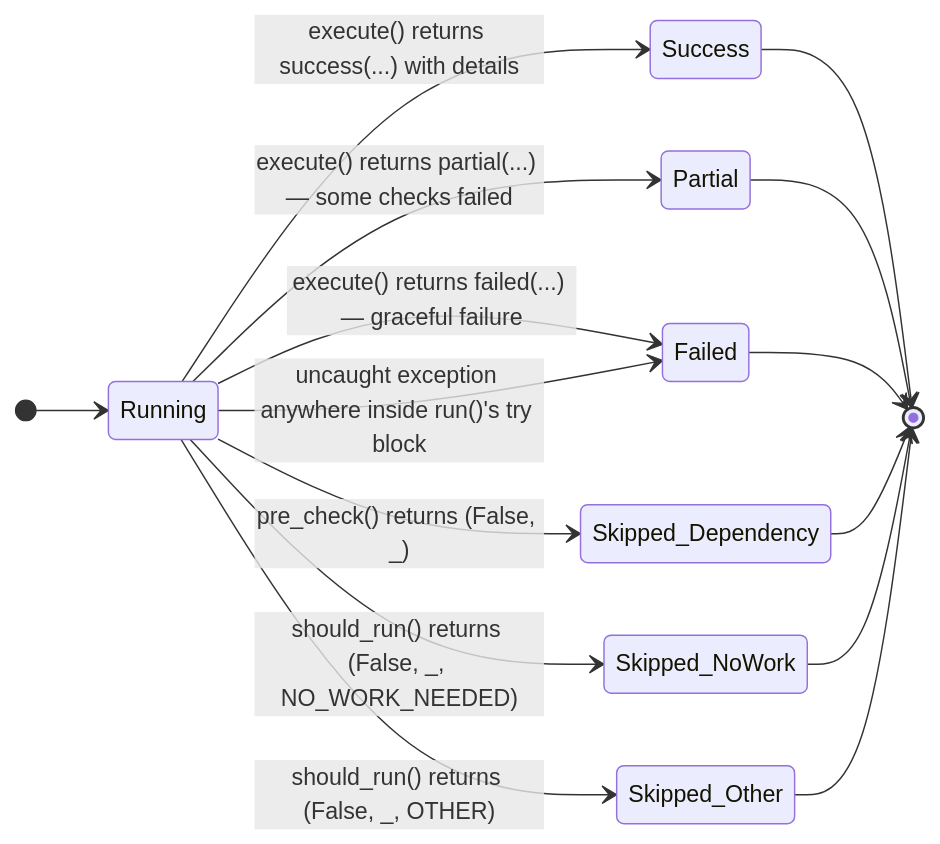
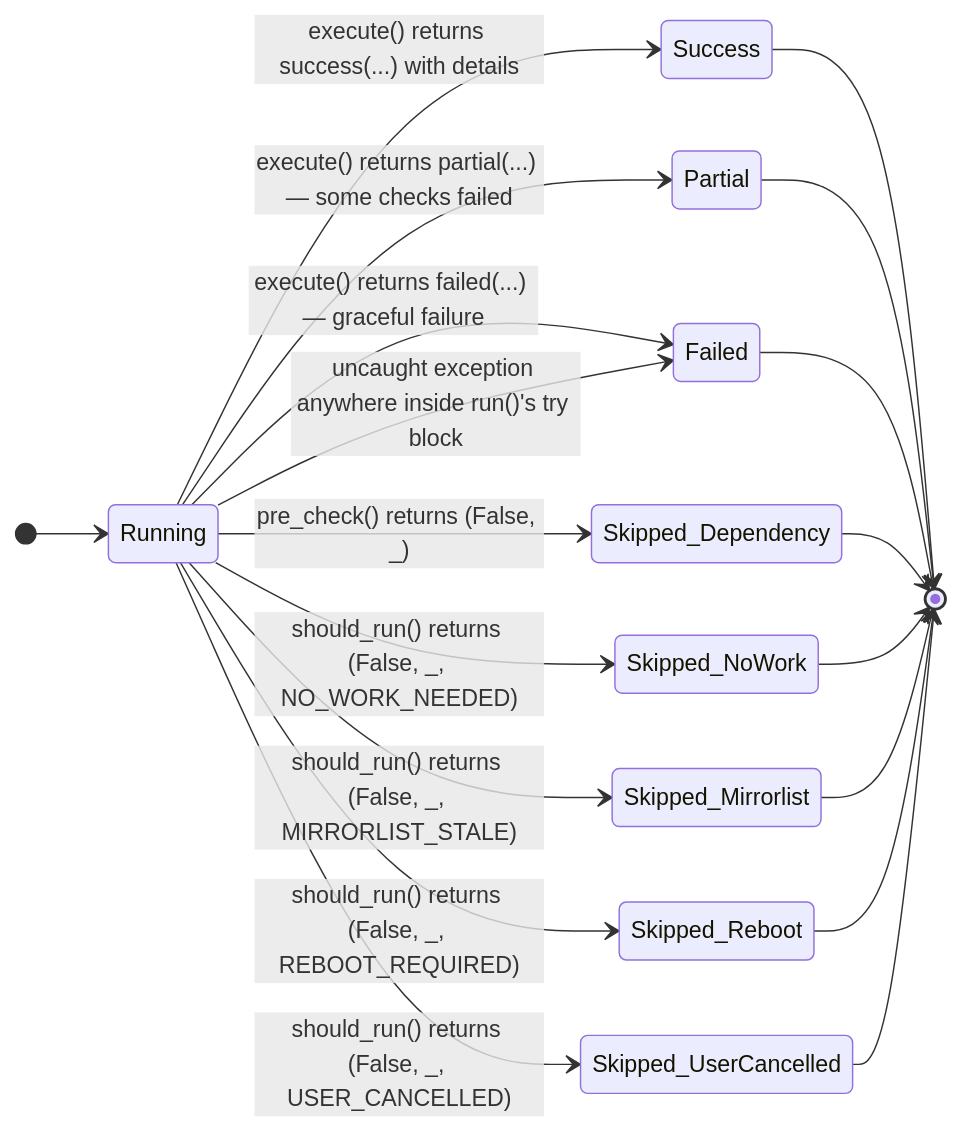
Before and after one commit to shayanmoosavi/archcare: the third of 3 diagrams in docs/architecture/task-lifecycle.md, drawn with Mermaid. The commit also changed other lines of this file and 3 other files, not shown here.

````diff
--- a/docs/architecture/task-lifecycle.md
+++ b/docs/architecture/task-lifecycle.md
@@ -335,18 +336,22 @@
 ```mermaid
 stateDiagram-v2
     direction LR
     [*] --> Running
     Running --> Success : execute() returns success(...) with details
     Running --> Partial : execute() returns partial(...) — some checks failed
     Running --> Failed : execute() returns failed(...) — graceful failure
     Running --> Skipped_Dependency : pre_check() returns (False, _)
     Running --> Skipped_NoWork : should_run() returns (False, _, NO_WORK_NEEDED)
-    Running --> Skipped_Other : should_run() returns (False, _, OTHER)
+    Running --> Skipped_Mirrorlist : should_run() returns (False, _, MIRRORLIST_STALE)
+    Running --> Skipped_Reboot : should_run() returns (False, _, REBOOT_REQUIRED)
+    Running --> Skipped_UserCancelled : should_run() returns (False, _, USER_CANCELLED)
     Running --> Failed : uncaught exception anywhere inside run()'s try block
     Success --> [*]
     Partial --> [*]
     Failed --> [*]
     Skipped_Dependency --> [*]
     Skipped_NoWork --> [*]
-    Skipped_Other --> [*]
+    Skipped_Mirrorlist --> [*]
+    Skipped_Reboot --> [*]
+    Skipped_UserCancelled --> [*]
 ```
````
